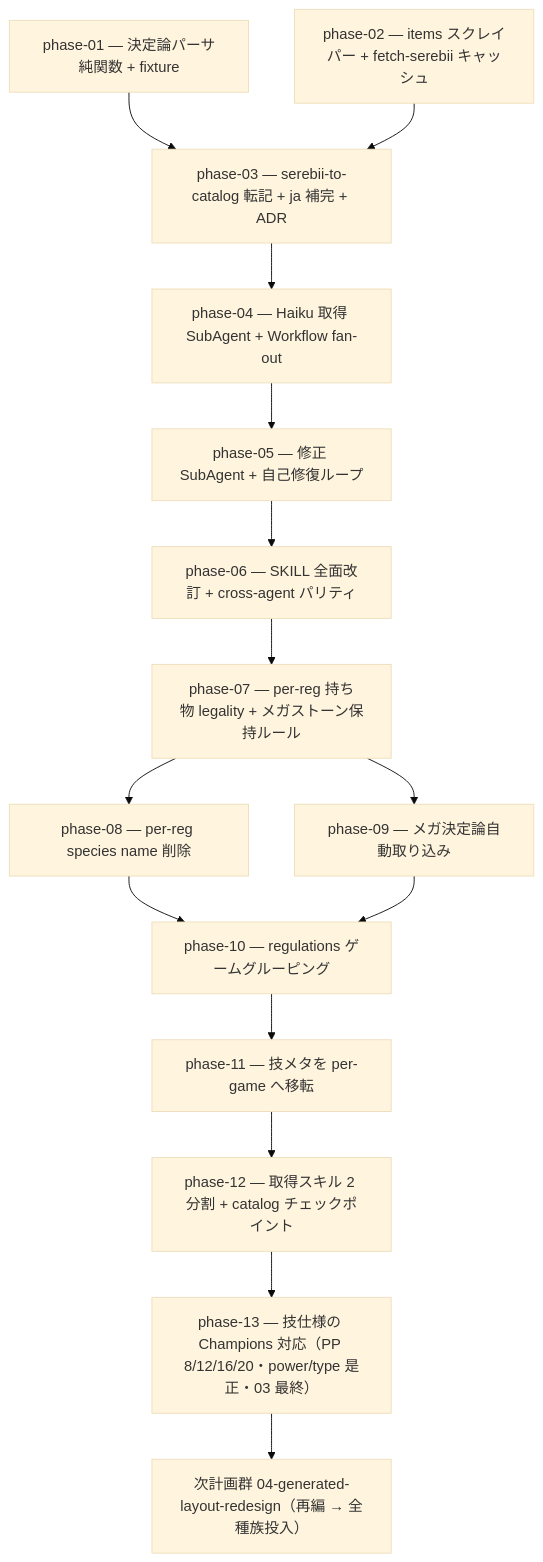
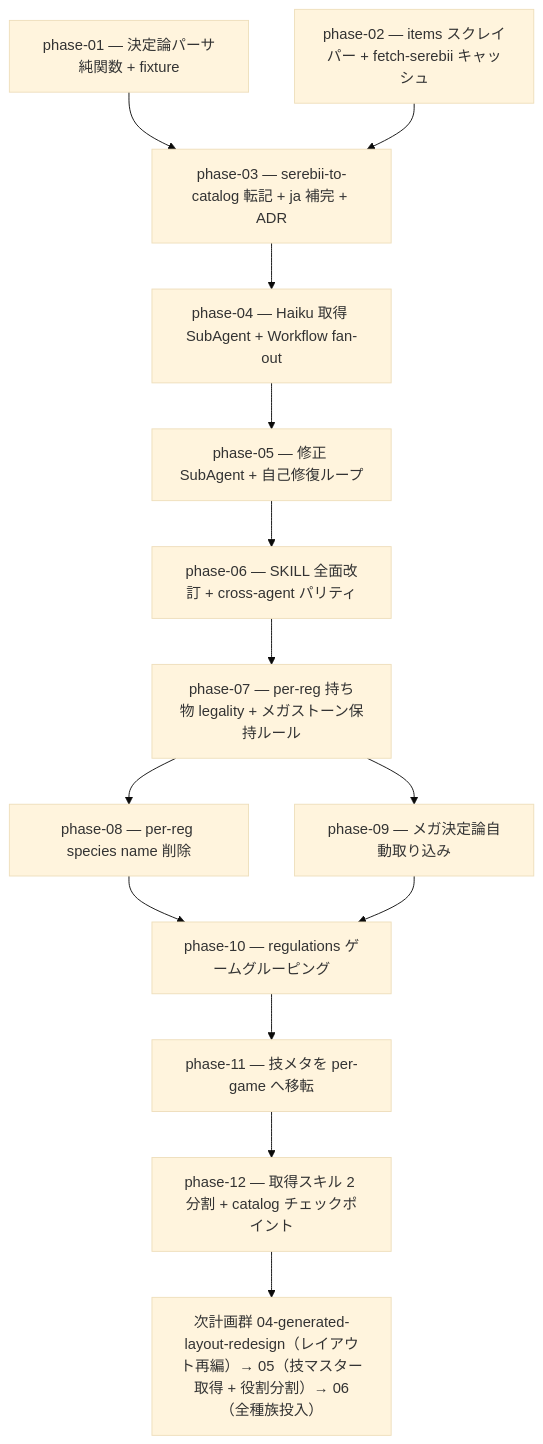
Before and after one commit to subroh0508/pokeform: the diagram in docs/plan/03-survey-regulation-rework/README.md, drawn with Mermaid (base theme). The commit also changed other lines of this file and 19 other files, not shown here.

````diff
--- a/docs/plan/03-survey-regulation-rework/README.md
+++ b/docs/plan/03-survey-regulation-rework/README.md
@@ -22,17 +23,16 @@
 ```mermaid
 flowchart TD
     P1[phase-01 — 決定論パーサ純関数 + fixture] --> P3[phase-03 — serebii-to-catalog 転記 + ja 補完 + ADR]
     P2[phase-02 — items スクレイパー + fetch-serebii キャッシュ] --> P3
     P3 --> P4[phase-04 — Haiku 取得 SubAgent + Workflow fan-out]
     P4 --> P5[phase-05 — 修正 SubAgent + 自己修復ループ]
     P5 --> P6[phase-06 — SKILL 全面改訂 + cross-agent パリティ]
     P6 --> P7[phase-07 — per-reg 持ち物 legality + メガストーン保持ルール]
     P7 --> P8[phase-08 — per-reg species name 削除]
     P7 --> P9[phase-09 — メガ決定論自動取り込み]
     P8 --> P10[phase-10 — regulations ゲームグルーピング]
     P9 --> P10
     P10 --> P11[phase-11 — 技メタを per-game へ移転]
     P11 --> P12[phase-12 — 取得スキル 2 分割 + catalog チェックポイント]
-    P12 --> P13[phase-13 — 技仕様の Champions 対応（PP 8/12/16/20・power/type 是正・03 最終）]
-    P13 --> PLAN04[次計画群 04-generated-layout-redesign（再編 → 全種族投入）]
+    P12 --> PLAN04[次計画群 04-generated-layout-redesign（レイアウト再編）→ 05（技マスター取得 + 役割分割）→ 06（全種族投入）]
 ```
````
